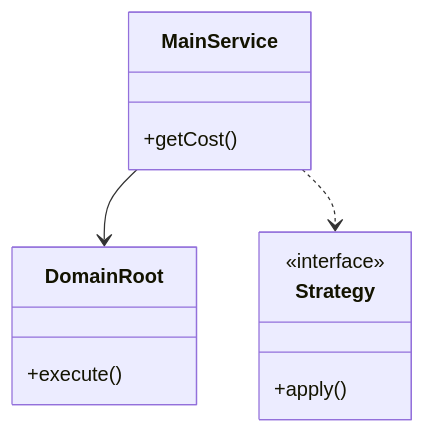
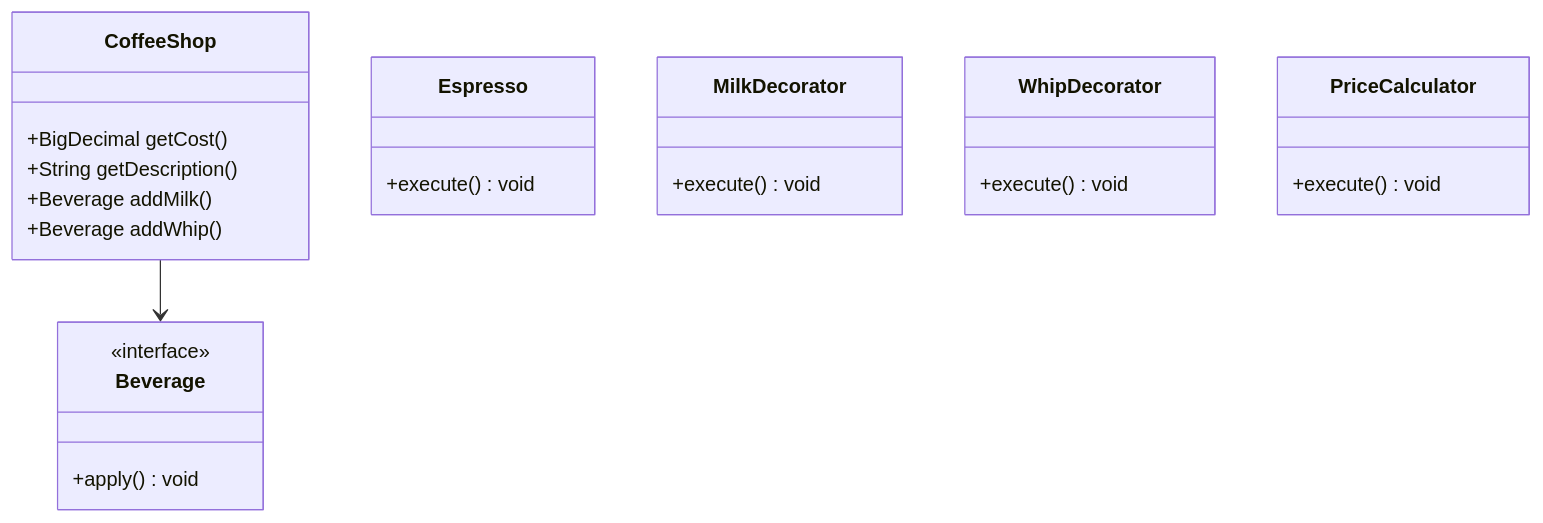
One commit to madhupaila/Interview-Prep-SSE changed the first of 3 diagrams in Learn/System Design - Low Level Design/03-design-patterns/questions/Q08-decorator-coffee.md. Above: the diagram before and after it, drawn with Mermaid. The commit also changed other lines of this file and 491 other files, not shown here.

````diff
--- a/Learn/System Design - Low Level Design/03-design-patterns/questions/Q08-decorator-coffee.md
+++ b/Learn/System Design - Low Level Design/03-design-patterns/questions/Q08-decorator-coffee.md
@@ -74,15 +92,26 @@
 ```mermaid
 classDiagram
-    class MainService {
-        +getCost()
+    class CoffeeShop {
+        +BigDecimal getCost()
+        +String getDescription()
+        +Beverage addMilk()
+        +Beverage addWhip()
     }
-    class DomainRoot {
-        +execute()
+    class Beverage {
+        <<interface>>
+        +apply() void
     }
-    class Strategy {
-        <<interface>>
-        +apply()
+    class Espresso {
+        +execute() void
     }
-    MainService --> DomainRoot
-    MainService ..> Strategy
+    class MilkDecorator {
+        +execute() void
+    }
+    class WhipDecorator {
+        +execute() void
+    }
+    class PriceCalculator {
+        +execute() void
+    }
+    CoffeeShop --> Beverage
 ```
````
